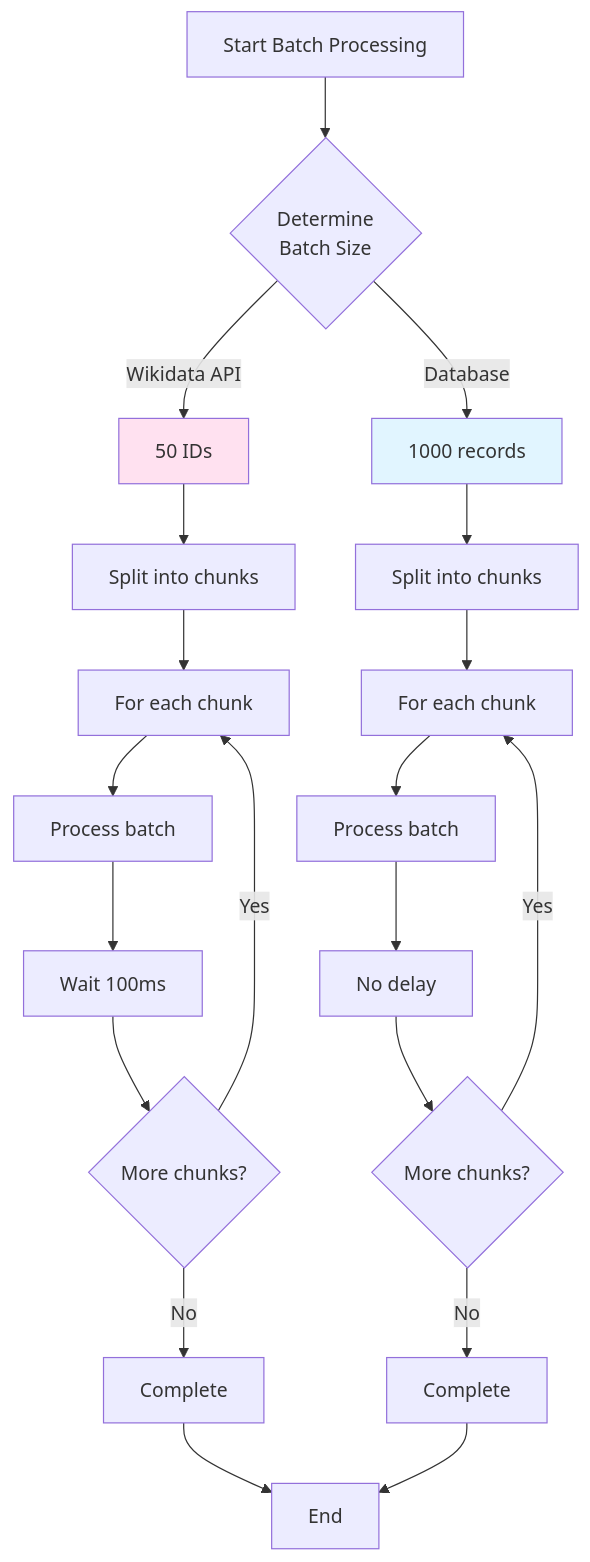
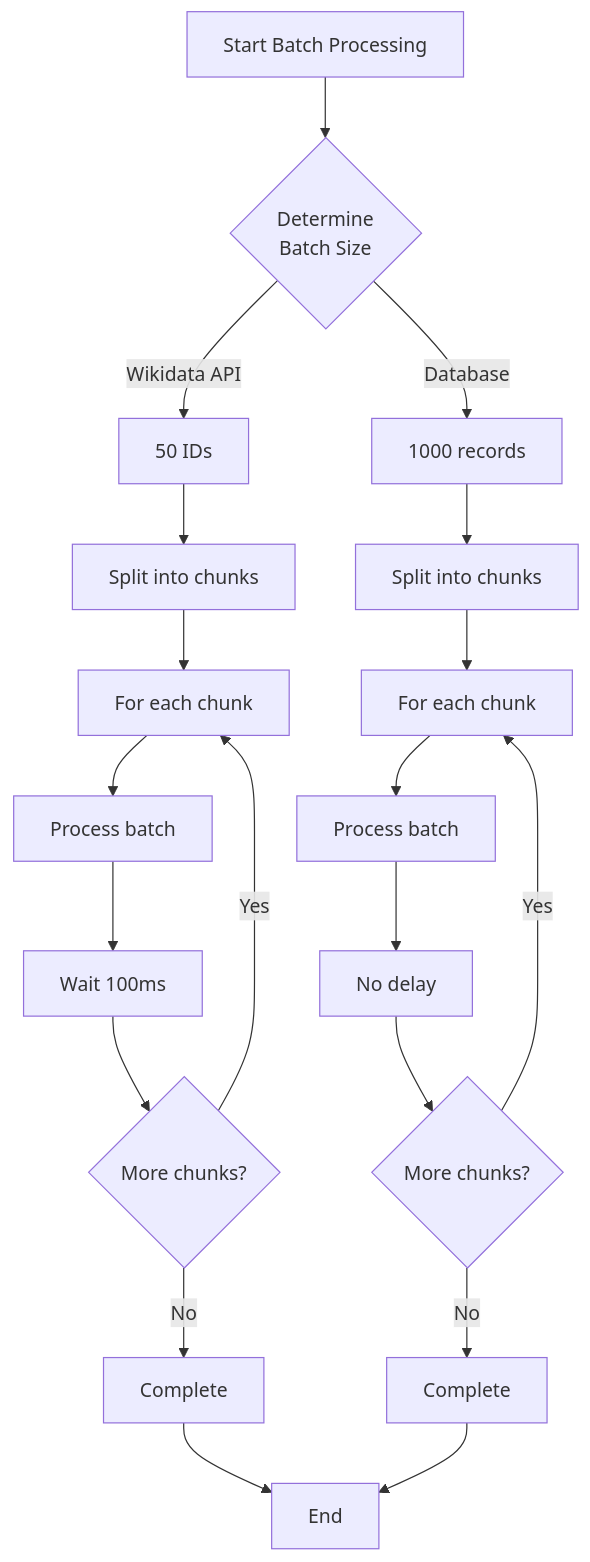
One commit to DaxServer/geocode-commons-categories changed diagram 12 of 12 in docs/import/data-flow.md. Above: the diagram before and after it, drawn with Mermaid. The commit also changed other lines of this file and 5 other files, not shown here.

````diff
--- a/docs/import/data-flow.md
+++ b/docs/import/data-flow.md
@@ -645,34 +633,32 @@
 ```mermaid
 graph TD
     START[Start Batch Processing] --> SIZE{Determine<br/>Batch Size}
 
     SIZE -->|Wikidata API| BATCH_WD[50 IDs]
     SIZE -->|Database| BATCH_DB[1000 records]
 
     BATCH_WD --> SPLIT_WD[Split into chunks]
     BATCH_DB --> SPLIT_DB[Split into chunks]
 
     SPLIT_WD --> LOOP_WD[For each chunk]
     SPLIT_DB --> LOOP_DB[For each chunk]
 
     LOOP_WD --> PROCESS_WD[Process batch]
     LOOP_DB --> PROCESS_DB[Process batch]
 
     PROCESS_WD --> DELAY_WD[Wait 100ms]
     PROCESS_DB --> NO_DELAY[No delay]
 
     DELAY_WD --> MORE_WD{More chunks?}
     NO_DELAY --> MORE_DB{More chunks?}
 
     MORE_WD -->|Yes| LOOP_WD
     MORE_DB -->|Yes| LOOP_DB
 
     MORE_WD -->|No| COMPLETE_WD[Complete]
     MORE_DB -->|No| COMPLETE_DB[Complete]
 
     COMPLETE_WD --> END[End]
     COMPLETE_DB --> END
 
-    style BATCH_WD fill:#ffe1f0
-    style BATCH_DB fill:#e1f5ff
 ```
````
